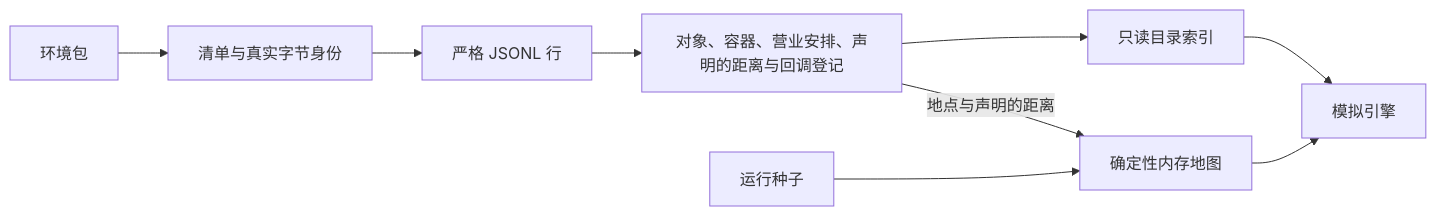
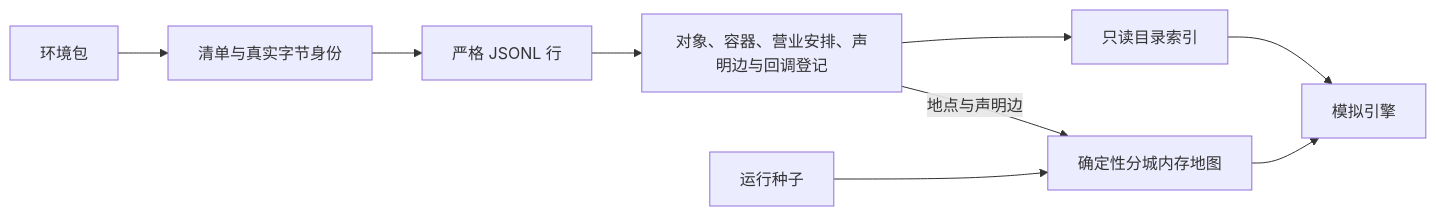
The first of 2 diagrams in docs/design/03-resource-engine.md (HoldThatThgt/WorldMock), drawn with Mermaid before and after one commit. The commit also changed other lines of this file and 113 other files, not shown here.

````diff
--- a/docs/design/03-resource-engine.md
+++ b/docs/design/03-resource-engine.md
@@ -11,11 +11,11 @@
 ```mermaid
 flowchart LR
     Package[环境包] --> Manifest[清单与真实字节身份]
     Manifest --> Rows[严格 JSONL 行]
-    Rows --> Registration[对象、容器、营业安排、声明的距离与回调登记]
+    Rows --> Registration[对象、容器、营业安排、声明边与回调登记]
     Registration --> Catalog[只读目录索引]
-    Seed[运行种子] --> Map[确定性内存地图]
-    Registration -- 地点与声明的距离 --> Map
+    Seed[运行种子] --> Map[确定性分城内存地图]
+    Registration -- 地点与声明边 --> Map
     Catalog --> Engine[模拟引擎]
     Map --> Engine
 ```
````
